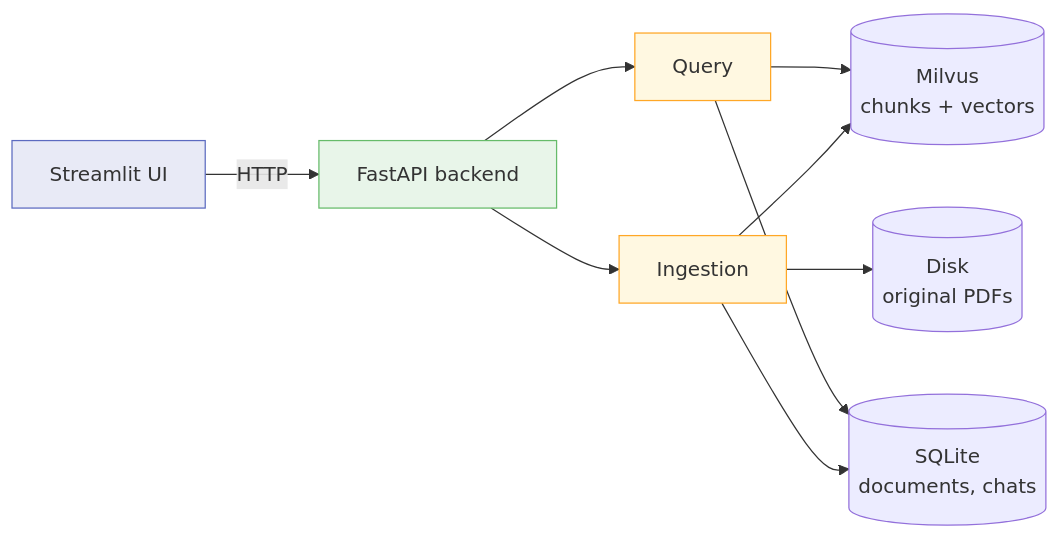
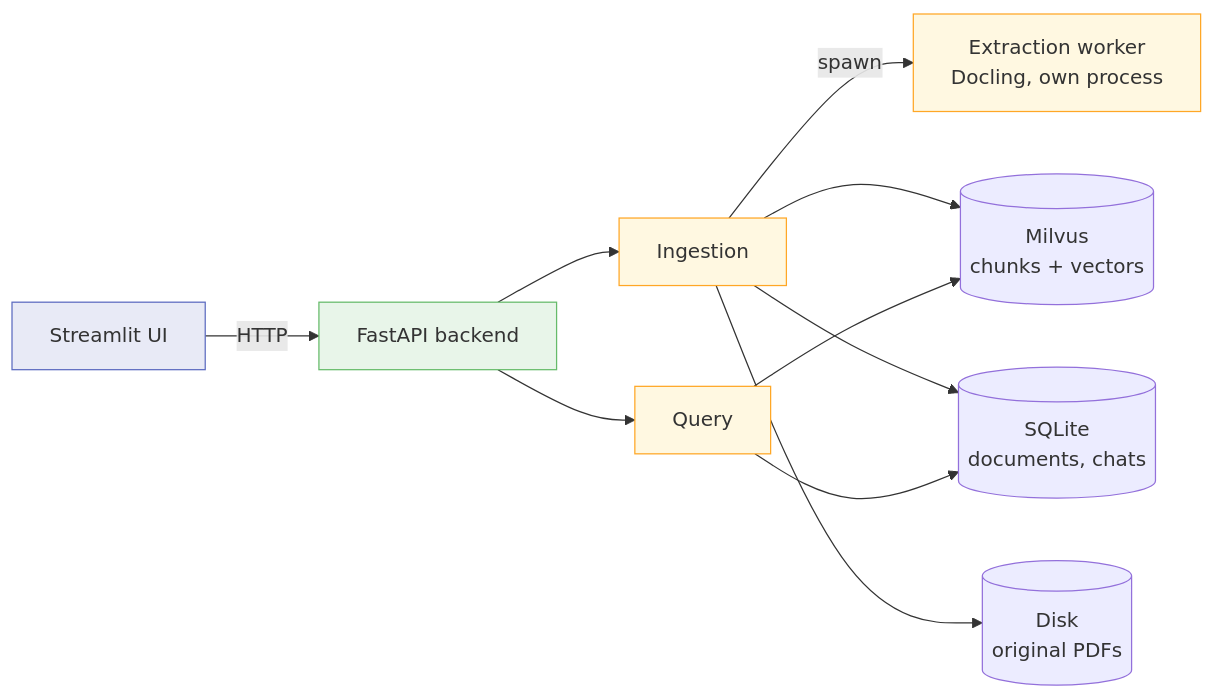
Before and after one commit to VinitP31/Lens: the first of 3 diagrams in docs/LENS.md, drawn with Mermaid. The commit also changed other lines of this file, not shown here.

Commit message:
docs: record the worker process, label pairing and measured threshold

````diff
--- a/docs/LENS.md
+++ b/docs/LENS.md
@@ -183,16 +183,18 @@
 ```mermaid
 flowchart LR
     UI["Streamlit UI"] -->|HTTP| API["FastAPI backend"]
     API --> ING["Ingestion"]
     API --> QRY["Query"]
+    ING -->|"spawn"| W["Extraction worker<br/>Docling, own process"]
     ING --> V[("Milvus<br/>chunks + vectors")]
     QRY --> V
     ING --> DB[("SQLite<br/>documents, chats")]
     QRY --> DB
     ING --> FS[("Disk<br/>original PDFs")]
 
     style UI fill:#e8eaf6,stroke:#5c6bc0
     style API fill:#e8f5e9,stroke:#66bb6a
     style ING fill:#fff8e1,stroke:#ffa726
     style QRY fill:#fff8e1,stroke:#ffa726
+    style W fill:#fff8e1,stroke:#ffa726
 ```
````
